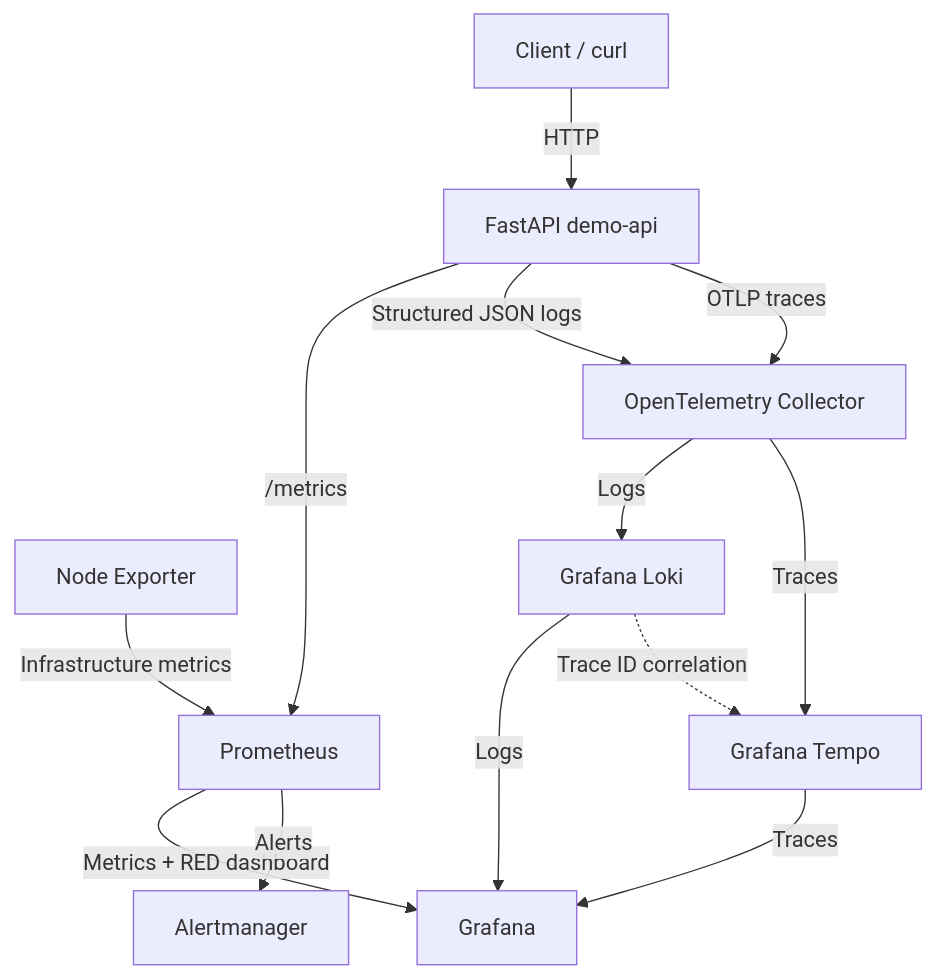
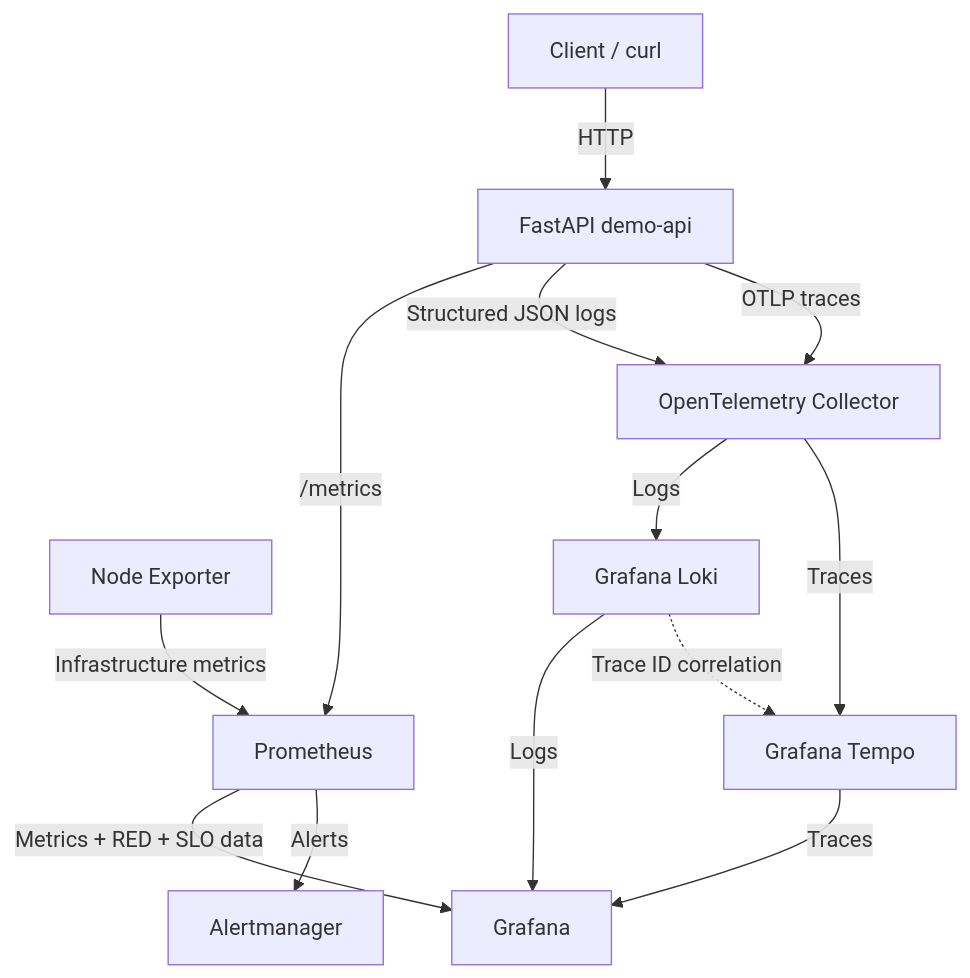
One commit to AZ1600/platform-engineering-observability changed the diagram in README.md. Above: the diagram before and after it, drawn with Mermaid. The commit also changed other lines of this file and 4 other files, not shown here.

````diff
--- a/README.md
+++ b/README.md
@@ -93,33 +110,33 @@
 ```mermaid
 flowchart TB
     Client["Client / curl"]
     API["FastAPI demo-api"]
 
     OTel["OpenTelemetry Collector"]
 
     Prometheus["Prometheus"]
     Node["Node Exporter"]
     Loki["Grafana Loki"]
     Tempo["Grafana Tempo"]
     Grafana["Grafana"]
     Alertmanager["Alertmanager"]
 
     Client -->|HTTP| API
 
     API -->|/metrics| Prometheus
     Node -->|Infrastructure metrics| Prometheus
 
     API -->|Structured JSON logs| OTel
     API -->|OTLP traces| OTel
 
     OTel -->|Logs| Loki
     OTel -->|Traces| Tempo
 
-    Prometheus -->|Metrics + RED dashboard| Grafana
+    Prometheus -->|Metrics + RED + SLO data| Grafana
     Loki -->|Logs| Grafana
     Tempo -->|Traces| Grafana
 
     Prometheus -->|Alerts| Alertmanager
 
     Loki -. Trace ID correlation .-> Tempo
 ```
````
